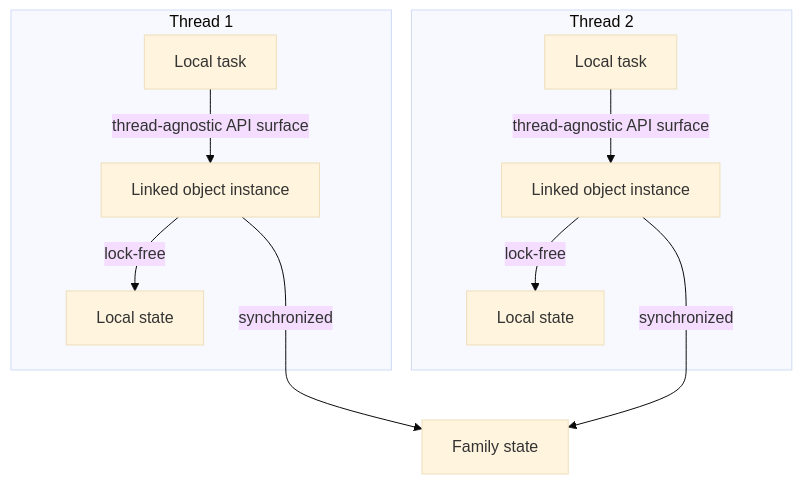
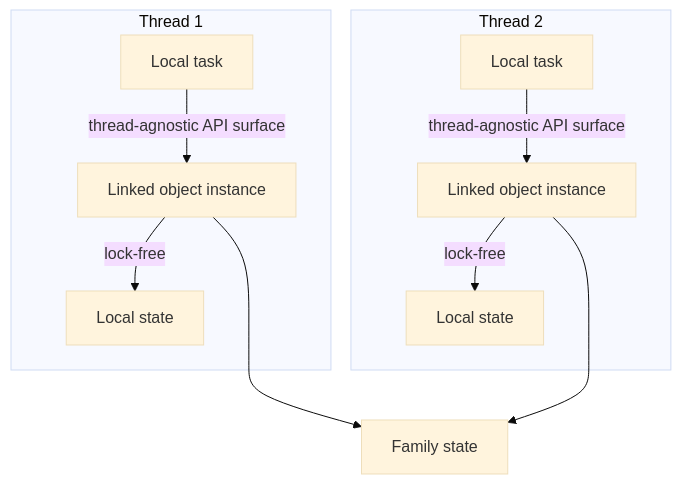
The diagram in crates/linked/doc/linked.mermaid (folo-rs/folo), drawn with Mermaid (base theme) before and after one commit.

Commit message:
Prettify

```diff
--- a/crates/linked/doc/linked.mermaid
+++ b/crates/linked/doc/linked.mermaid
@@ -1,17 +1,17 @@
 graph TD
     direction LR
     
     subgraph Thread1[Thread 1]
         Task1[Local task] -->|thread-agnostic API surface| Instance1[Linked object instance]
         Instance1 -->|lock-free| Local1[Local state]
     end
     
     subgraph Thread2[Thread 2]
         Task2[Local task] -->|thread-agnostic API surface| Instance2[Linked object instance]
         Instance2 -->|lock-free| Local2[Local state]
     end
     
     SS[Family state]
 
-    Instance1 --->|synchronized| SS
-    Instance2 --->|synchronized| SS
+    Instance1 ---> SS
+    Instance2 ---> SS
```
